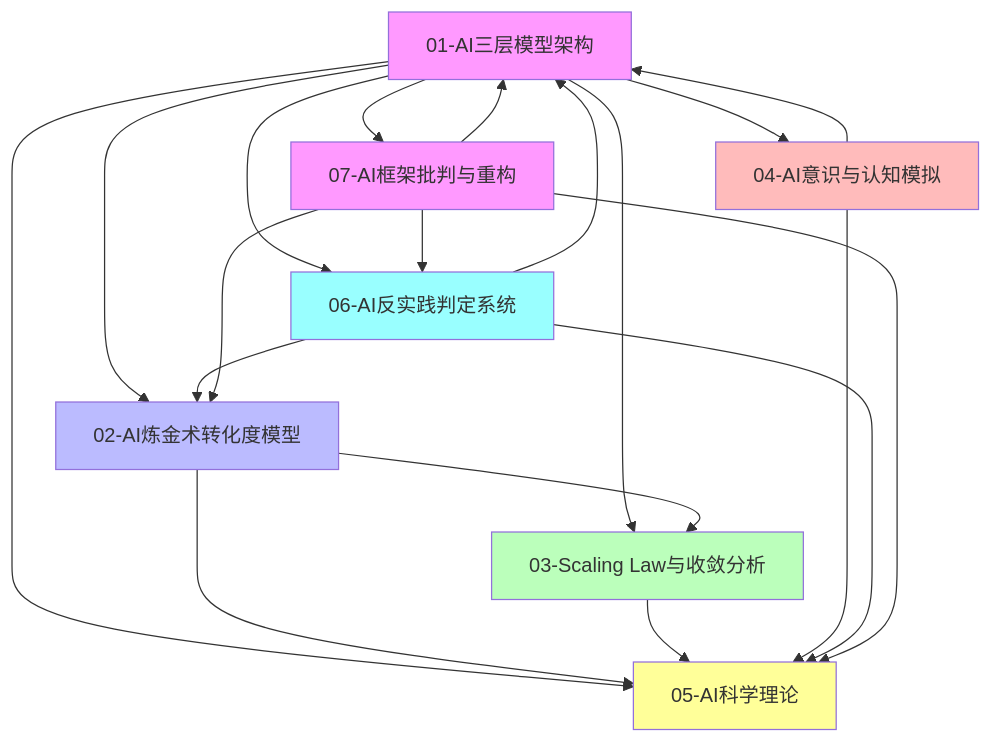
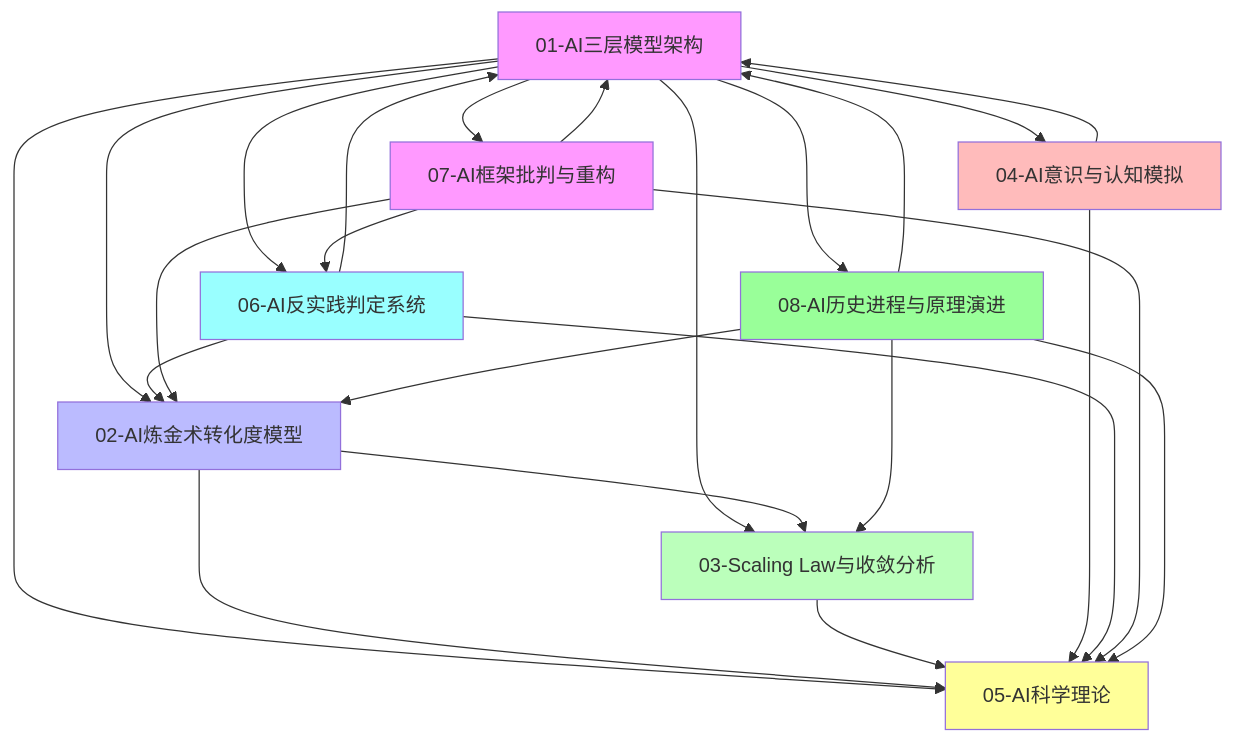
Before and after one commit to AdaMartin18010/FormalAI: the diagram in concepts/INDEX.md, drawn with Mermaid. The commit also changed other lines of this file and 50 other files, not shown here.

````diff
--- a/concepts/INDEX.md
+++ b/concepts/INDEX.md
@@ -55,30 +61,36 @@
 ```mermaid
 graph TB
     A[01-AI三层模型架构] --> B[02-AI炼金术转化度模型]
     A --> C[03-Scaling Law与收敛分析]
     A --> D[04-AI意识与认知模拟]
     A --> E[05-AI科学理论]
     A --> F[06-AI反实践判定系统]
     A --> G[07-AI框架批判与重构]
+    A --> H[08-AI历史进程与原理演进]
 
     B --> C
     B --> E
     C --> E
     D --> E
     D --> A
     F --> A
     F --> B
     F --> E
     G --> A
     G --> B
     G --> E
     G --> F
+    H --> A
+    H --> B
+    H --> C
+    H --> E
 
     style A fill:#f9f
     style B fill:#bbf
     style C fill:#bfb
     style D fill:#fbb
     style E fill:#ff9
     style F fill:#9ff
     style G fill:#f9f
+    style H fill:#9f9
 ```
````
